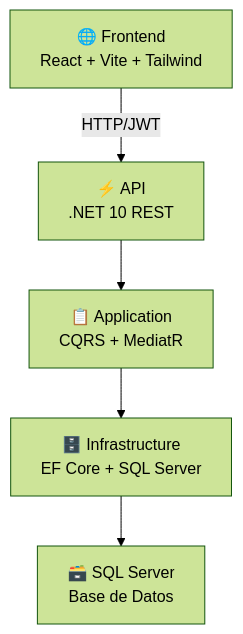
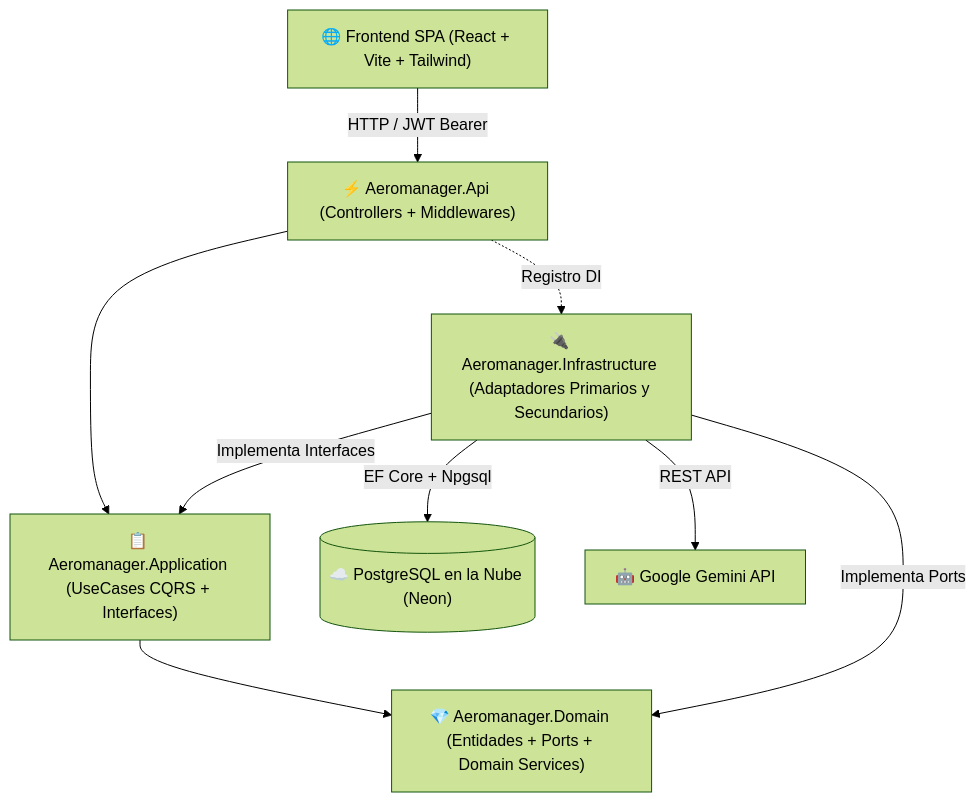
The diagram in README.md (Josue123212/AeroManager_Proyect), drawn with Mermaid (forest theme) before and after one commit. The commit also changed other lines of this file, not shown here.

Commit message:
docs(readme): alinear arquitectura hexagonal, stack PostgreSQL Neon y endpoints reales

````diff
--- a/README.md
+++ b/README.md
@@ -43,13 +46,19 @@
 ```mermaid
-graph TD
-    FE["🌐 Frontend\nReact + Vite + Tailwind"]
-    API["⚡ API\n.NET 10 REST"]
-    APP["📋 Application\nCQRS + MediatR"]
-    INF["🗄️ Infrastructure\nEF Core + SQL Server"]
-    DB["🗃️ SQL Server\nBase de Datos"]
+flowchart TD
+    FE["🌐 Frontend SPA (React + Vite + Tailwind)"]
+    API["⚡ Aeromanager.Api (Controllers + Middlewares)"]
+    APP["📋 Aeromanager.Application (UseCases CQRS + Interfaces)"]
+    DOM["💎 Aeromanager.Domain (Entidades + Ports + Domain Services)"]
+    INF["🔌 Aeromanager.Infrastructure (Adaptadores Primarios y Secundarios)"]
+    DB[("☁️ PostgreSQL en la Nube (Neon)")]
+    AI["🤖 Google Gemini API"]
 
-    FE -->|"HTTP/JWT"| API
+    FE -->|"HTTP / JWT Bearer"| API
     API --> APP
-    APP --> INF
-    INF --> DB
+    API -.->|"Registro DI"| INF
+    APP --> DOM
+    INF -->|"Implementa Interfaces"| APP
+    INF -->|"Implementa Ports"| DOM
+    INF -->|"EF Core + Npgsql"| DB
+    INF -->|"REST API"| AI
 ```
````
